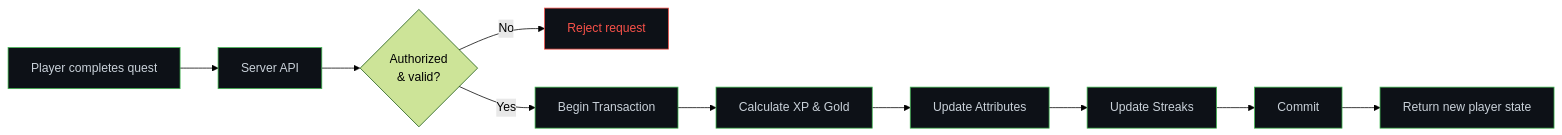
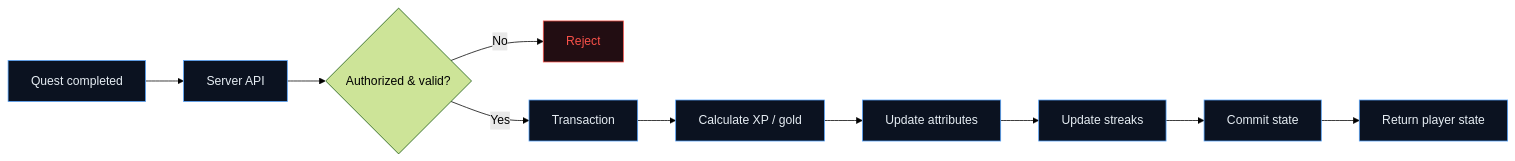
Before and after one commit to kunalchwdry/kunalchwdry: the fourth of 11 diagrams in README.md, drawn with Mermaid (forest theme). The commit also changed other lines of this file, not shown here.

````diff
--- a/README.md
+++ b/README.md
@@ -369,17 +234,17 @@
-```mermaid
+``` mermaid
 flowchart LR
-    A["Player completes quest"] --> B["Server API"]
-    B --> C{"Authorized<br/>& valid?"}
-    C -- No --> X["Reject request"]
-    C -- Yes --> D["Begin Transaction"]
-    D --> E["Calculate XP & Gold"]
-    E --> F["Update Attributes"]
-    F --> G["Update Streaks"]
-    G --> H["Commit"]
-    H --> I["Return new player state"]
+    Q["Quest completed"] --> API["Server API"]
+    API --> V{"Authorized & valid?"}
+    V -- No --> X["Reject"]
+    V -- Yes --> TX["Transaction"]
+    TX --> XP["Calculate XP / gold"]
+    XP --> ATTR["Update attributes"]
+    ATTR --> ST["Update streaks"]
+    ST --> COMMIT["Commit state"]
+    COMMIT --> OUT["Return player state"]
 
-    classDef ok fill:#0d1117,stroke:#3fb950,color:#c9d1d9;
-    classDef bad fill:#0d1117,stroke:#f85149,color:#f85149;
-    class A,B,D,E,F,G,H,I ok;
+    classDef ok fill:#0b1220,stroke:#58a6ff,color:#e6edf3;
+    classDef bad fill:#220d12,stroke:#f85149,color:#f85149;
+    class Q,API,TX,XP,ATTR,ST,COMMIT,OUT ok;
     class X bad;
 ```
````
